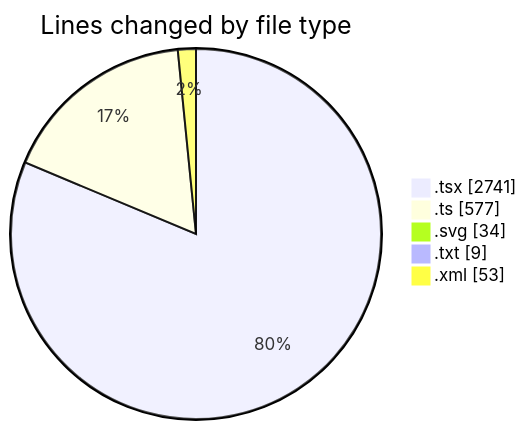
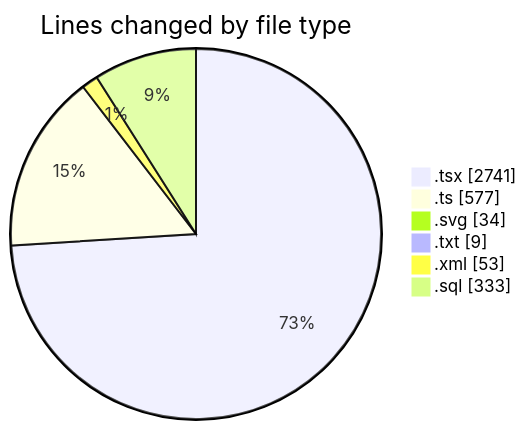
The first of 2 diagrams in 2025-05-21/fixme24/README.md (FixMe24/code-tracking), drawn with Mermaid before and after one commit. The commit also changed other lines of this file and 1 other file, not shown here.

````diff
--- a/2025-05-21/fixme24/README.md
+++ b/2025-05-21/fixme24/README.md
@@ -46,9 +47,10 @@
 ```mermaid
 pie showData
 title Lines changed by file type
 ".tsx" : 2741
 ".ts" : 577
 ".svg" : 34
 ".txt" : 9
 ".xml" : 53
+".sql" : 333
 ```
````
